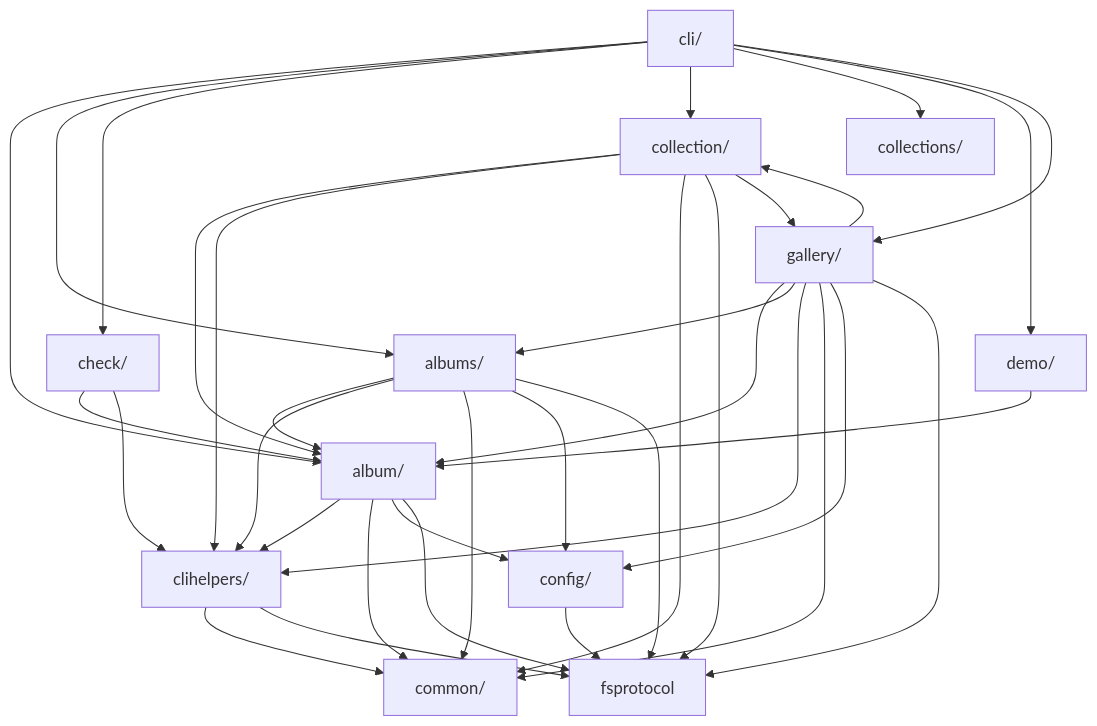
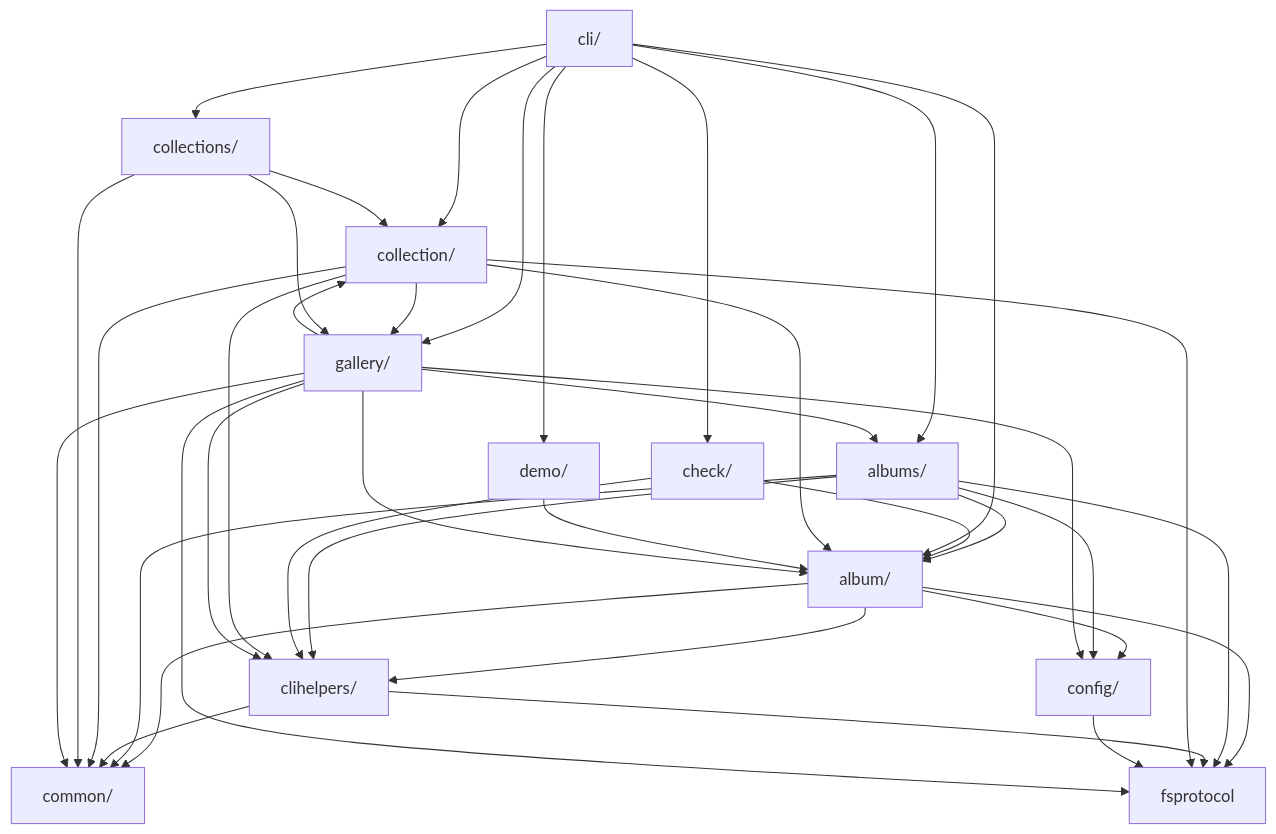
The diagram in docs/architecture.md (iglootools/photree), drawn with Mermaid before and after one commit. The commit also changed 8 other files, not shown here.

````diff
--- a/docs/architecture.md
+++ b/docs/architecture.md
@@ -17,50 +17,53 @@
 ```mermaid
 graph TD
     album["album/"]
     albums["albums/"]
     check["check/"]
     cli["cli/"]
     clihelpers["clihelpers/"]
     collection["collection/"]
     collections["collections/"]
     common["common/"]
     config["config/"]
     demo["demo/"]
     fsprotocol["fsprotocol"]
     gallery["gallery/"]
 
     album --> clihelpers
     album --> common
     album --> config
     album --> fsprotocol
     albums --> album
     albums --> clihelpers
     albums --> common
     albums --> config
     albums --> fsprotocol
     check --> album
     check --> clihelpers
     cli --> album
     cli --> albums
     cli --> check
     cli --> collection
     cli --> collections
     cli --> demo
     cli --> gallery
     clihelpers --> common
     clihelpers --> fsprotocol
     collection --> album
     collection --> clihelpers
     collection --> common
     collection --> fsprotocol
     collection --> gallery
+    collections --> collection
+    collections --> common
+    collections --> gallery
     config --> fsprotocol
     demo --> album
     gallery --> album
     gallery --> albums
     gallery --> clihelpers
     gallery --> collection
     gallery --> common
     gallery --> config
     gallery --> fsprotocol
 ```
````
